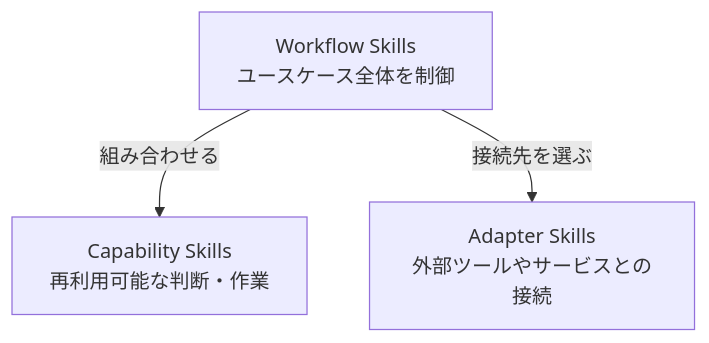
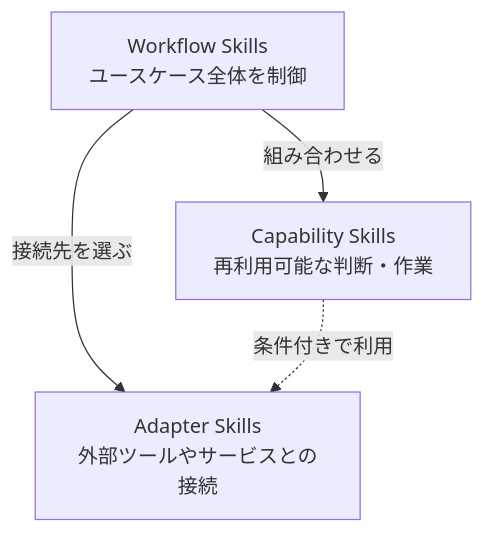
One commit to tikuwabuoden/skill-architecture changed the diagram in ARCHITECTURE.md. Above: the diagram before and after it, drawn with Mermaid. The commit also changed other lines of this file and 1 other file, not shown here.

````diff
--- a/ARCHITECTURE.md
+++ b/ARCHITECTURE.md
@@ -5,9 +5,10 @@
 ```mermaid
 flowchart TB
     W[Workflow Skills<br/>ユースケース全体を制御]
     C[Capability Skills<br/>再利用可能な判断・作業]
     A[Adapter Skills<br/>外部ツールやサービスとの接続]
 
     W -->|組み合わせる| C
     W -->|接続先を選ぶ| A
+    C -.->|条件付きで利用| A
 ```
````
